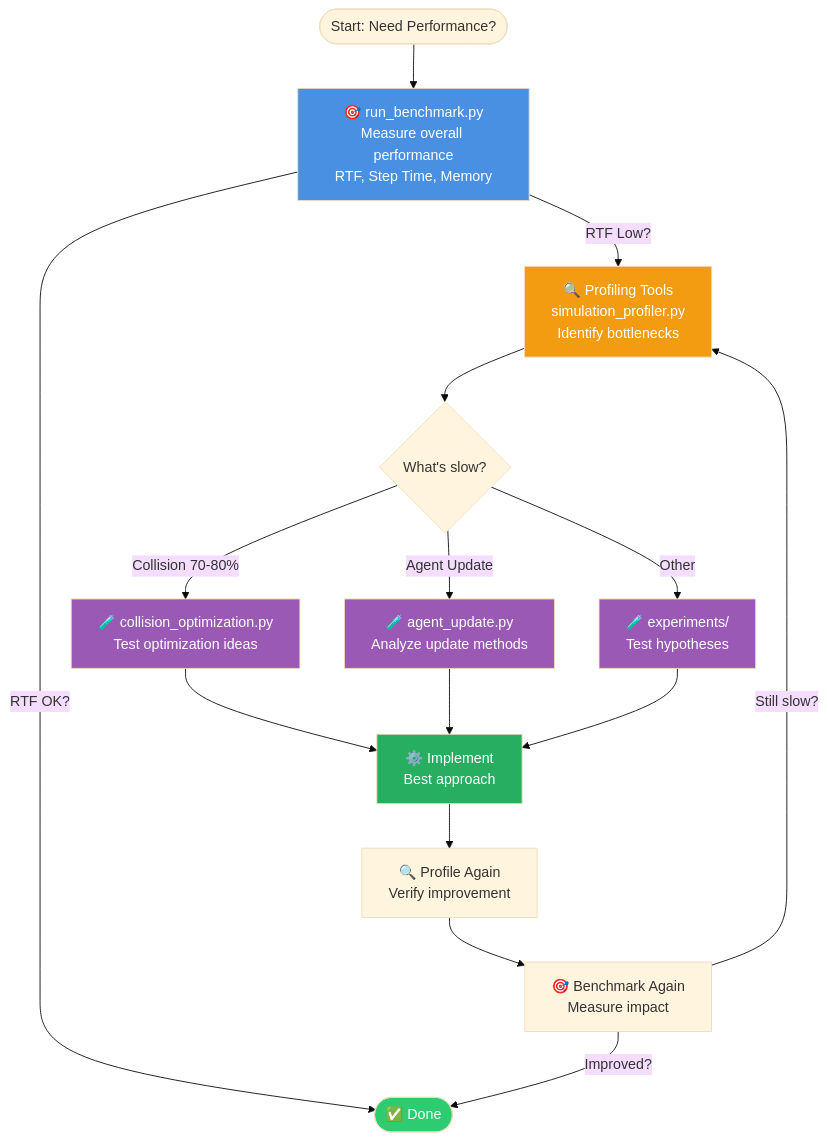
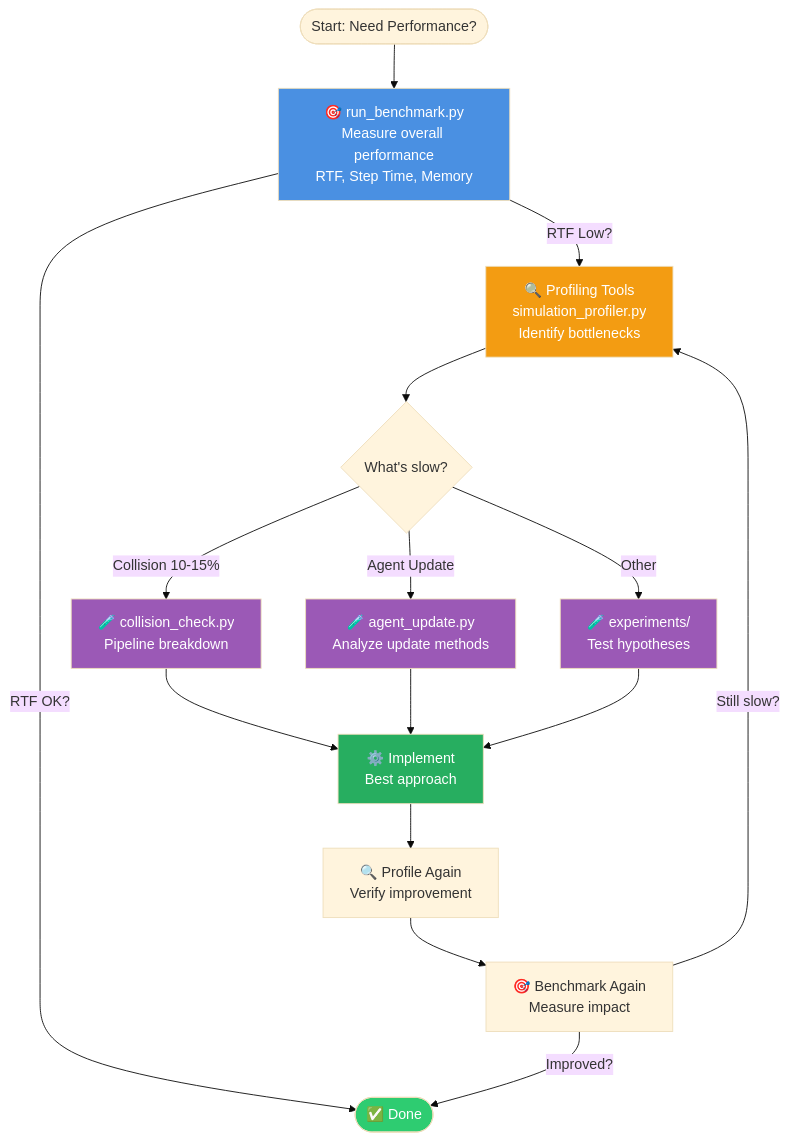
One commit to yuokamoto/PyBulletFleet changed the diagram in benchmark/README.md. Above: the diagram before and after it, drawn with Mermaid (base theme). The commit also changed other lines of this file and 62 other files, not shown here.

````diff
--- a/benchmark/README.md
+++ b/benchmark/README.md
@@ -7,34 +11,34 @@
 ```mermaid
 flowchart TD
     Start([Start: Need Performance?]) --> Benchmark
 
     Benchmark[🎯 run_benchmark.py<br/>Measure overall performance<br/>RTF, Step Time, Memory]
 
     Benchmark -->|RTF OK?| Done([✅ Done])
     Benchmark -->|RTF Low?| Profile
 
     Profile[🔍 Profiling Tools<br/>simulation_profiler.py<br/>Identify bottlenecks]
 
     Profile --> Analyze{What's slow?}
 
-    Analyze -->|Collision 70-80%| CollisionExp[🧪 collision_optimization.py<br/>Test optimization ideas]
+    Analyze -->|Collision 10-15%| CollisionExp[🧪 collision_check.py<br/>Pipeline breakdown]
     Analyze -->|Agent Update| AgentExp[🧪 agent_update.py<br/>Analyze update methods]
     Analyze -->|Other| GenericExp[🧪 experiments/<br/>Test hypotheses]
 
     CollisionExp --> Implement[⚙️ Implement<br/>Best approach]
     AgentExp --> Implement
     GenericExp --> Implement
 
     Implement --> Profile2[🔍 Profile Again<br/>Verify improvement]
     Profile2 --> Benchmark2[🎯 Benchmark Again<br/>Measure impact]
     Benchmark2 -->|Improved?| Done
     Benchmark2 -->|Still slow?| Profile
 
     style Benchmark fill:#4A90E2,color:#fff
     style Profile fill:#F39C12,color:#fff
     style CollisionExp fill:#9B59B6,color:#fff
     style AgentExp fill:#9B59B6,color:#fff
     style GenericExp fill:#9B59B6,color:#fff
     style Implement fill:#27AE60,color:#fff
     style Done fill:#2ECC71,color:#fff
 ```
````
